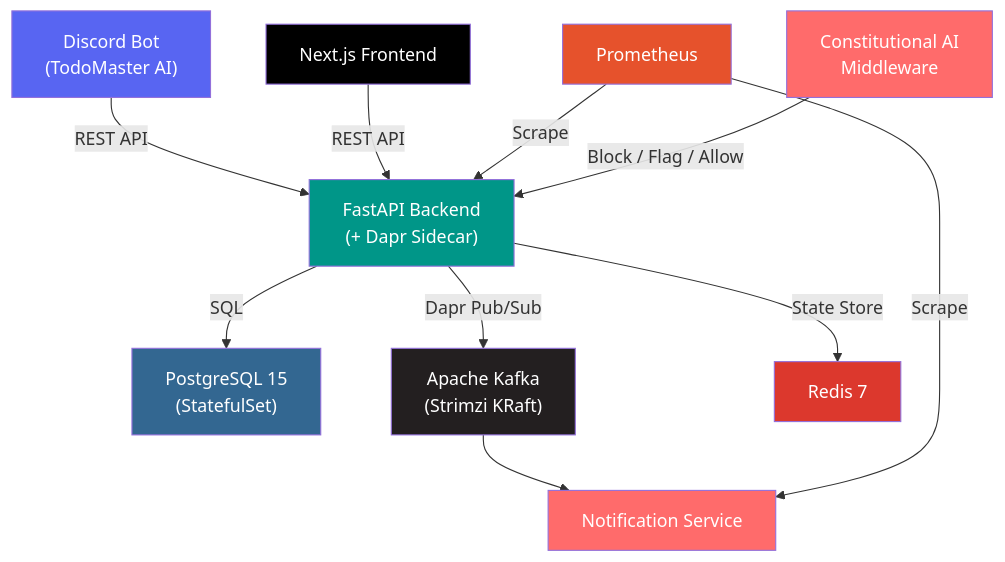
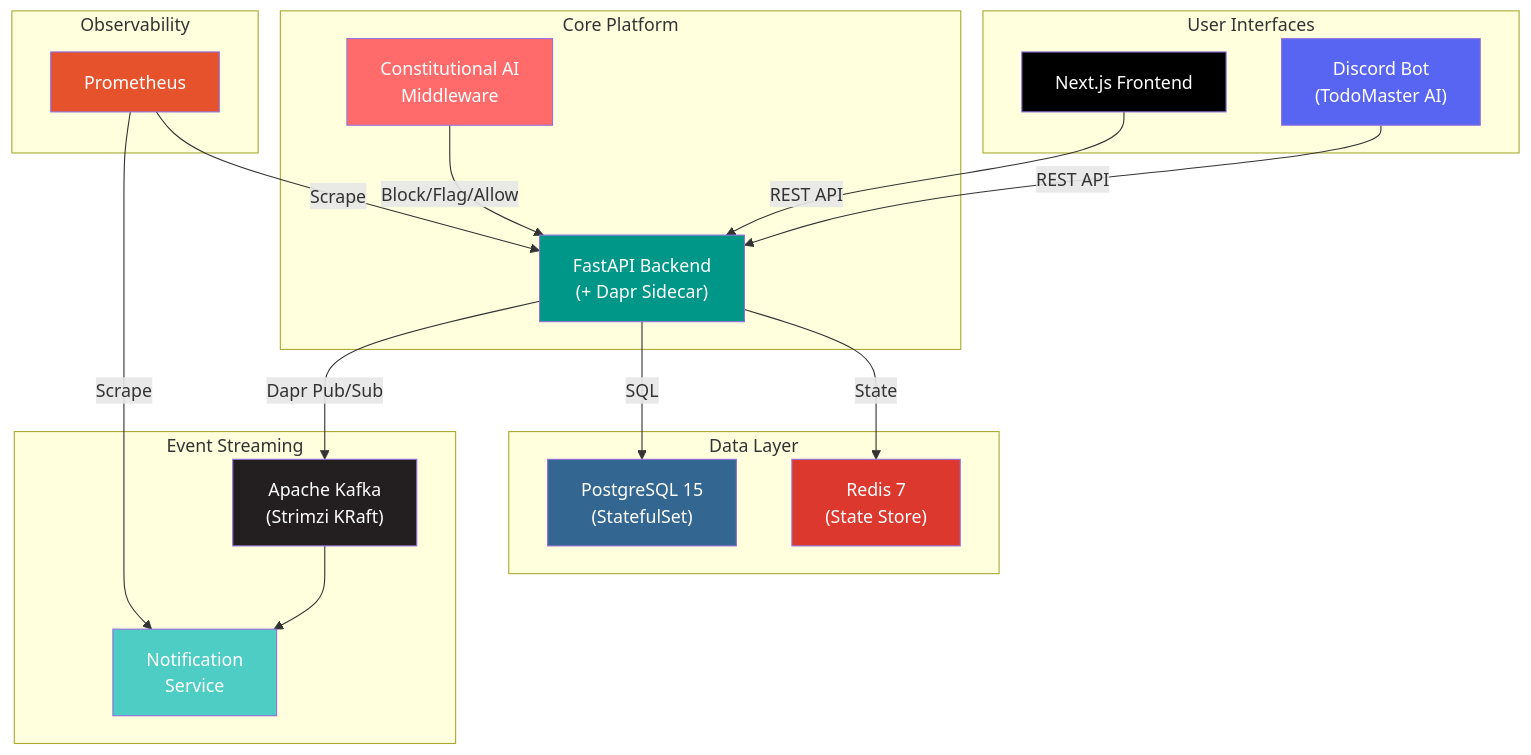
One commit to asadullah48/asadullah48 changed the first of 2 diagrams in README.md. Above: the diagram before and after it, drawn with Mermaid. The commit also changed other lines of this file and 1 other file, not shown here.

First line of the commit message:
docs: enhance profile with mindmap, architecture subgraphs, and 2026 tech

````diff
--- a/README.md
+++ b/README.md
@@ -43,22 +65,46 @@
 ```mermaid
 graph TD
-    A["Discord Bot\n(TodoMaster AI)"] -->|REST API| B["FastAPI Backend\n(+ Dapr Sidecar)"]
-    C["Next.js Frontend"] -->|REST API| B
-    B -->|SQL| D["PostgreSQL 15\n(StatefulSet)"]
-    B -->|Dapr Pub/Sub| E["Apache Kafka\n(Strimzi KRaft)"]
-    E --> F["Notification Service"]
-    G["Prometheus"] -->|Scrape| B
+    subgraph "User Interfaces"
+        A["Discord Bot<br/>(TodoMaster AI)"]
+        C["Next.js Frontend"]
+    end
+
+    subgraph "Core Platform"
+        B["FastAPI Backend<br/>(+ Dapr Sidecar)"]
+        I["Constitutional AI<br/>Middleware"]
+    end
+
+    subgraph "Data Layer"
+        D["PostgreSQL 15<br/>(StatefulSet)"]
+        H["Redis 7<br/>(State Store)"]
+    end
+
+    subgraph "Event Streaming"
+        E["Apache Kafka<br/>(Strimzi KRaft)"]
+        F["Notification<br/>Service"]
+    end
+
+    subgraph "Observability"
+        G["Prometheus"]
+    end
+
+    A -->|REST API| B
+    C -->|REST API| B
+    I -->|Block/Flag/Allow| B
+    B -->|SQL| D
+    B -->|State| H
+    B -->|Dapr Pub/Sub| E
+    E --> F
+    G -->|Scrape| B
     G -->|Scrape| F
-    B -->|State Store| H["Redis 7"]
-    I["Constitutional AI\nMiddleware"] -->|Block / Flag / Allow| B
 
     style A fill:#5865F2,color:#fff
+    style C fill:#000000,color:#fff
     style B fill:#009688,color:#fff
-    style C fill:#000000,color:#fff
+    style I fill:#ff6b6b,color:#fff
     style D fill:#336791,color:#fff
+    style H fill:#DC382D,color:#fff
     style E fill:#231f20,color:#fff
-    style F fill:#FF6B6B,color:#fff
+    style F fill:#4ECDC4,color:#fff
     style G fill:#e6522c,color:#fff
-    style H fill:#DC382D,color:#fff
-    style I fill:#ff6b6b,color:#fff
 ```
````
